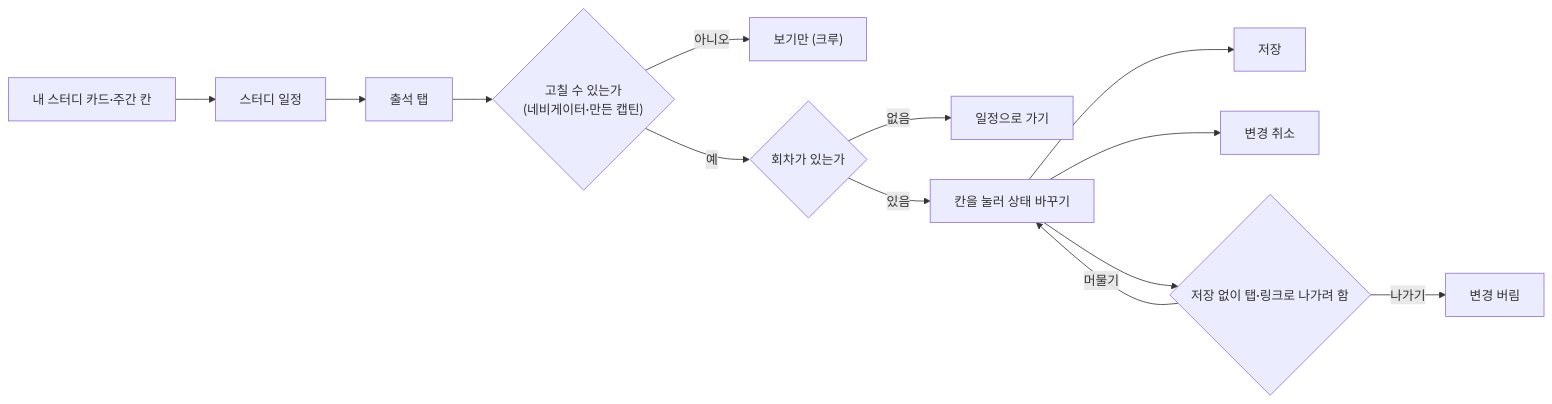
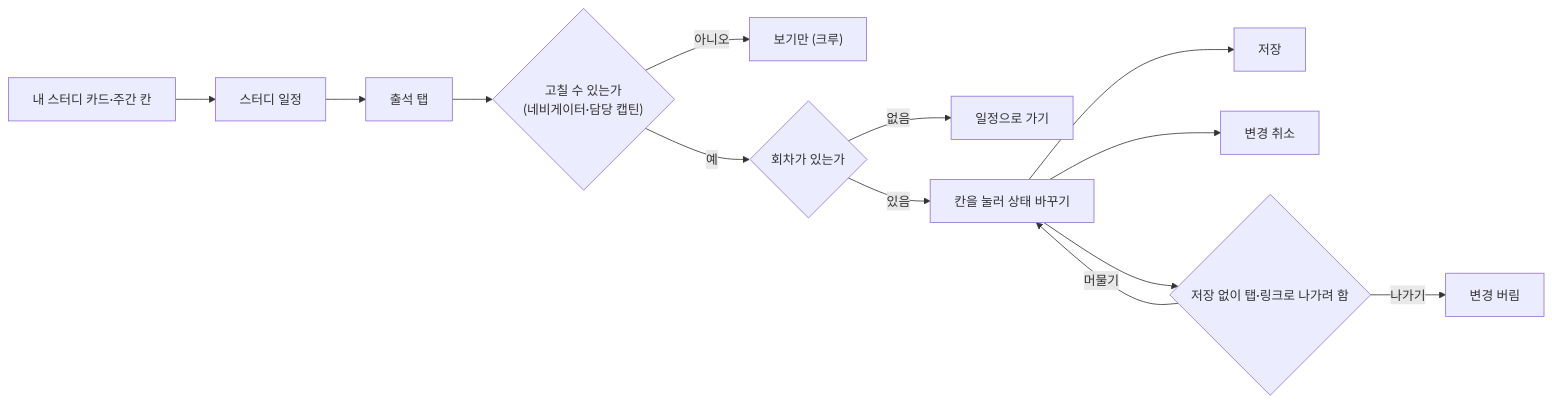
The first of 2 diagrams in 01-planning/stories/navigator-edit-attendance/PRD.md (StudyClub-PlusPlus/studyclub-engineering), drawn with Mermaid before and after one commit. The commit also changed other lines of this file and 88 other files, not shown here.

````diff
--- a/01-planning/stories/navigator-edit-attendance/PRD.md
+++ b/01-planning/stories/navigator-edit-attendance/PRD.md
@@ -13,15 +13,15 @@
 ```mermaid
 flowchart LR
   A["내 스터디 카드·주간 칸"] --> B["스터디 일정"]
   B --> C["출석 탭"]
-  C --> D{"고칠 수 있는가<br>(네비게이터·만든 캡틴)"}
+  C --> D{"고칠 수 있는가<br>(네비게이터·담당 캡틴)"}
   D -->|아니오| E["보기만 (크루)"]
   D -->|예| F{"회차가 있는가"}
   F -->|없음| G["일정으로 가기"]
   F -->|있음| H["칸을 눌러 상태 바꾸기"]
   H --> I["저장"]
   H --> J["변경 취소"]
   H --> K{"저장 없이 탭·링크로 나가려 함"}
   K -->|머물기| H
   K -->|나가기| L["변경 버림"]
 ```
````
